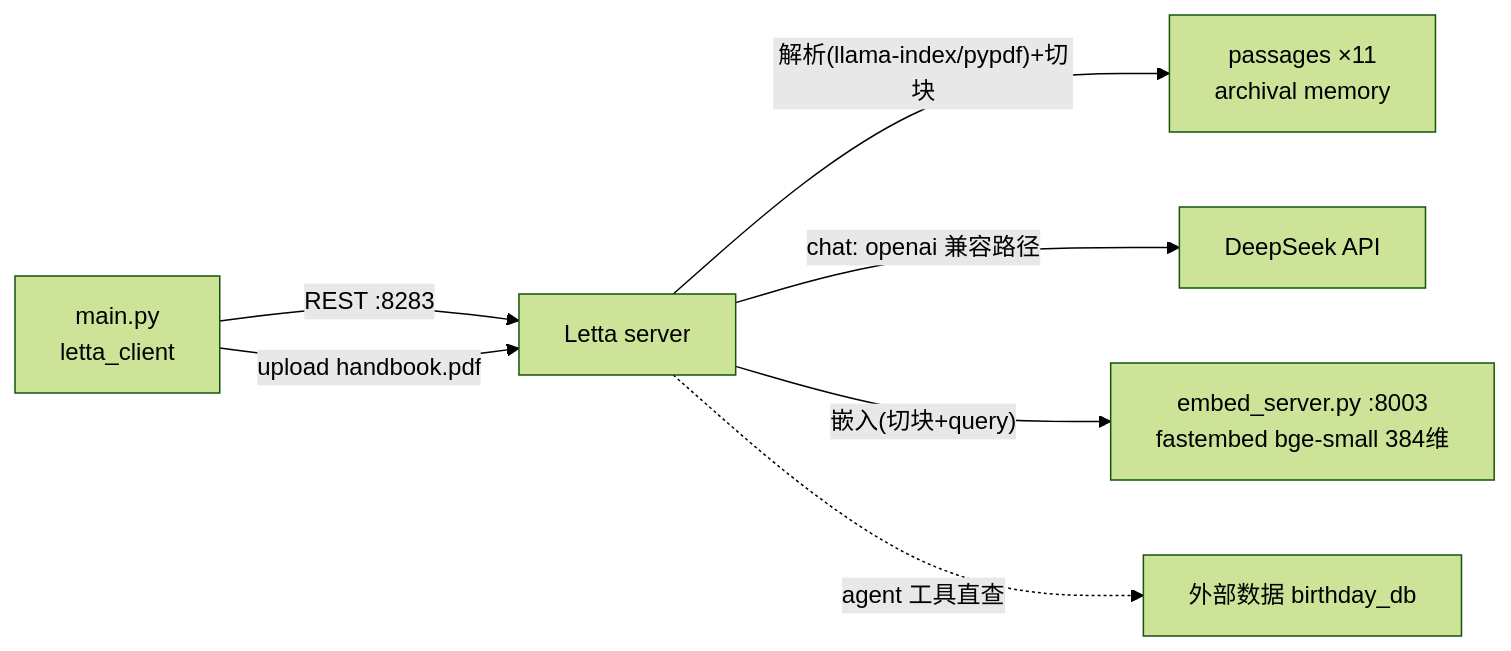
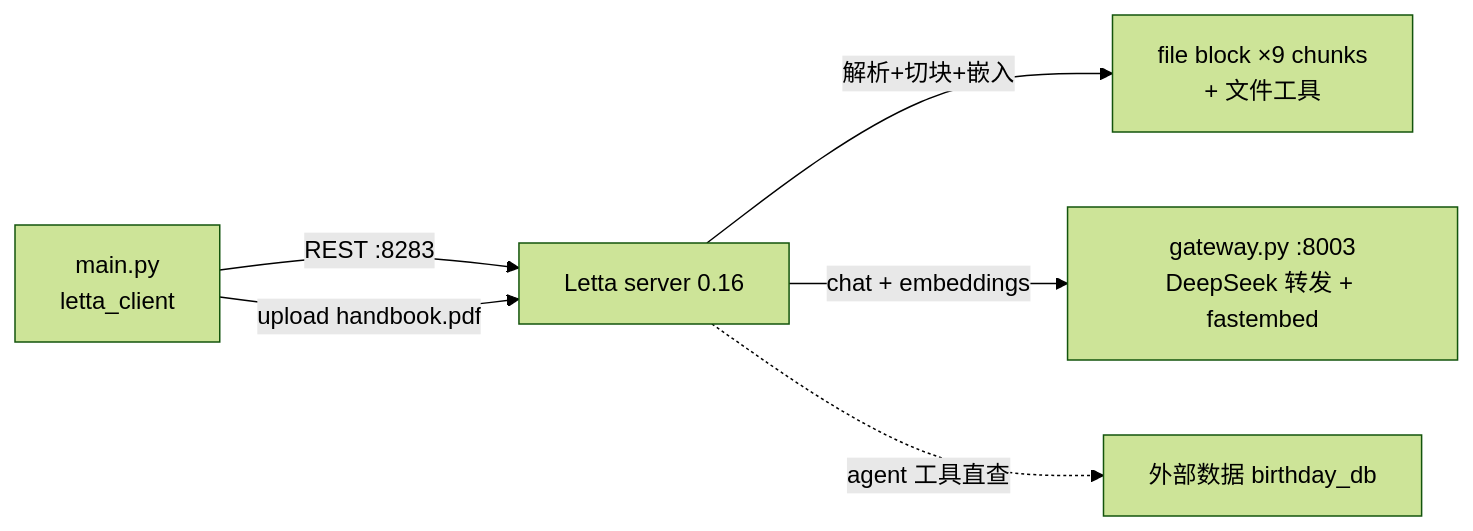
The diagram in agent/courses/memory/12b-LLMs as Operating Systems Agent Memory/code/L5/README.md (Colonel86/ai-agent-learn), drawn with Mermaid (forest theme) before and after one commit. The commit also changed other lines of this file and 142 other files, not shown here.

````diff
--- a/agent/courses/memory/12b-LLMs as Operating Systems Agent Memory/code/L5/README.md
+++ b/agent/courses/memory/12b-LLMs as Operating Systems Agent Memory/code/L5/README.md
@@ -10,9 +10,8 @@
 ```mermaid
 flowchart LR
-    M[main.py<br/>letta_client] -->|REST :8283| S[Letta server]
+    M[main.py<br/>letta_client] -->|REST :8283| S[Letta server 0.16]
     M -->|upload handbook.pdf| S
-    S -->|"解析(llama-index/pypdf)+切块"| P[passages ×11<br/>archival memory]
-    S -->|chat: openai 兼容路径| D[DeepSeek API]
-    S -->|"嵌入(切块+query)"| E[embed_server.py :8003<br/>fastembed bge-small 384维]
+    S -->|解析+切块+嵌入| P[file block ×9 chunks<br/>+ 文件工具]
+    S -->|chat + embeddings| G[gateway.py :8003<br/>DeepSeek 转发 + fastembed]
     S -.->|agent 工具直查| X[外部数据 birthday_db]
 ```
````
